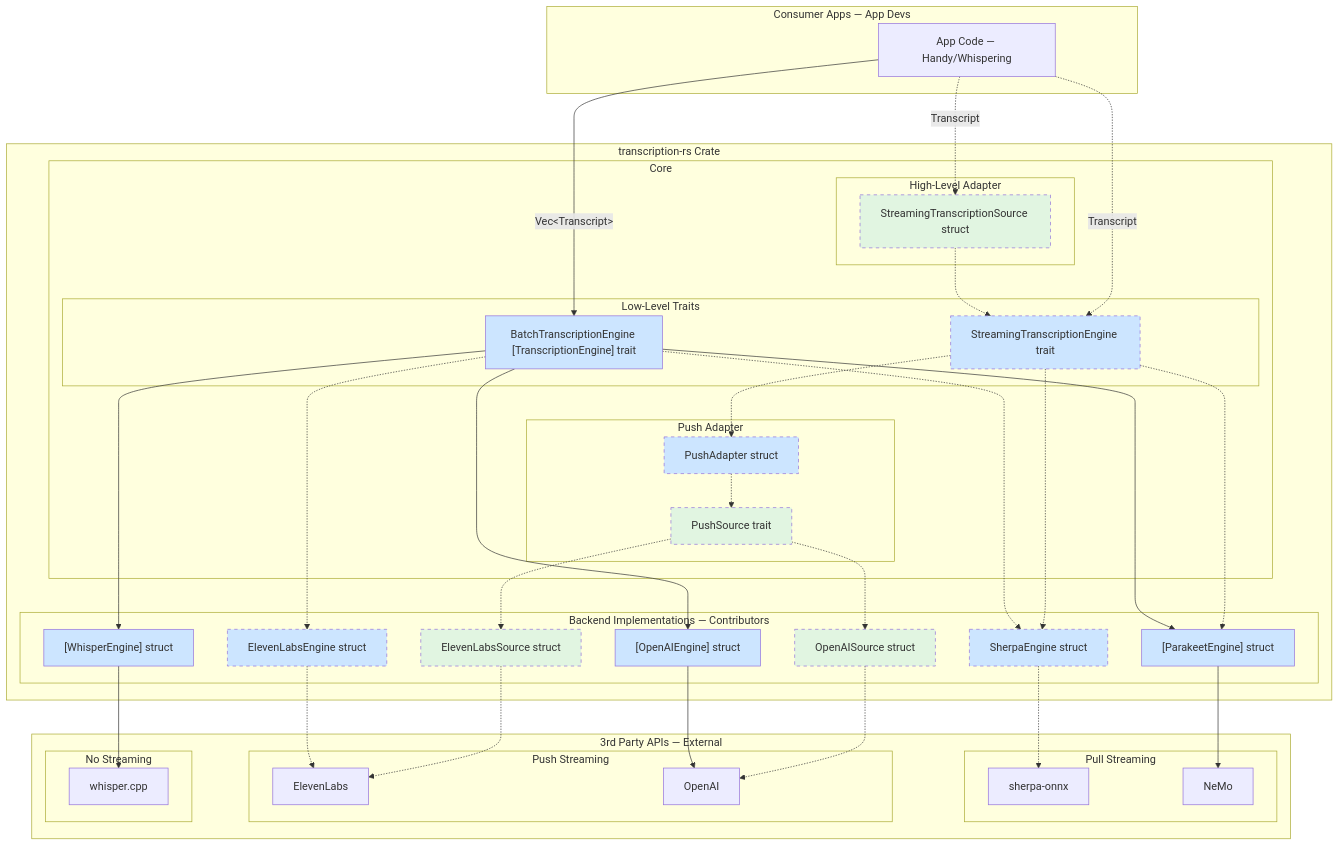
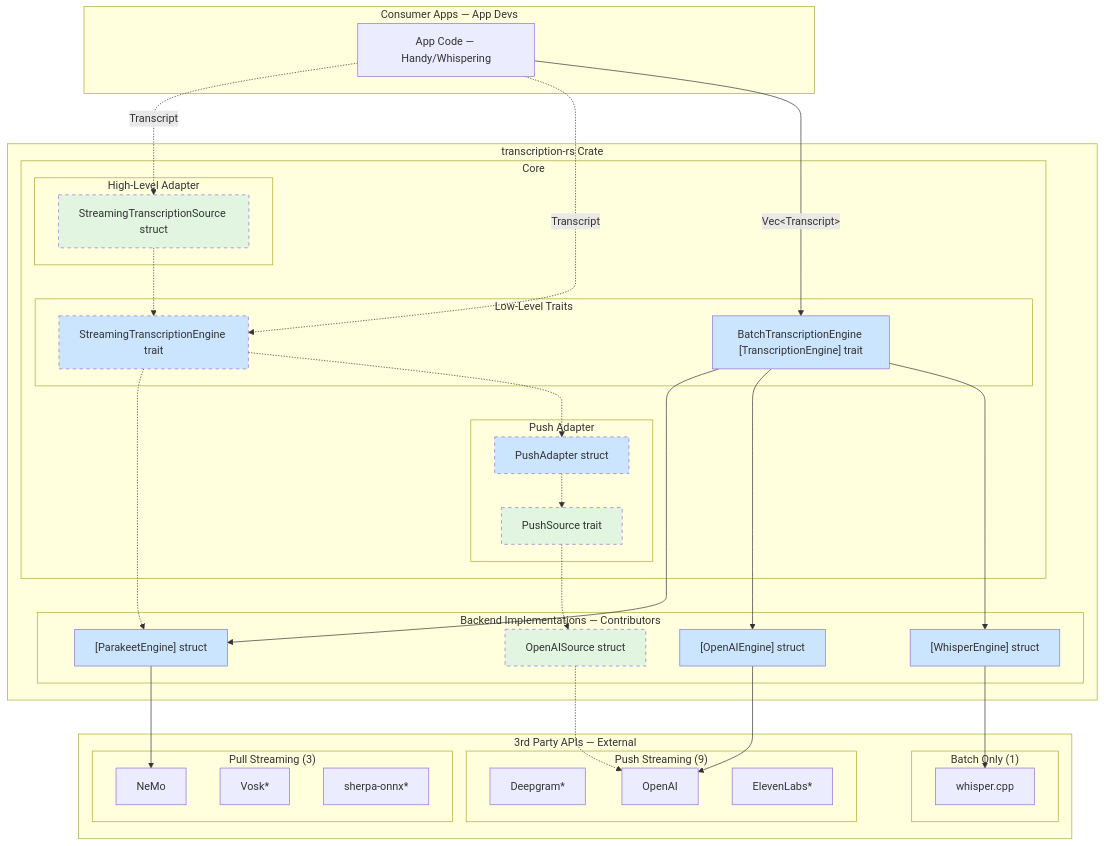
Before and after one commit to cjpais/transcribe-rs: the diagram in specs/transcription-rs.md, drawn with Mermaid. The commit also changed other lines of this file, not shown here.

Commit message:
docs: simplify streaming API spec diagram with representative backends
- Remove SherpaEngine, ElevenLabsSource, ElevenLabsEngine to reduce clutter
- Keep ParakeetEngine, OpenAISource, OpenAIEngine, WhisperEngine as representative examples
- Expand 3rd party API list: add Vosk, Deepgram, Azure, AssemblyAI, etc.
- Trim to top 3 per category (Pull: NeMo/Vosk/sherpa-onnx, Push: Deepgram/OpenAI/ElevenLabs, Batch: whisper.cpp)
- Add counts to category labels (e.g., "Push Streaming (9)")
- Add collapsible table listing all compatible APIs with streaming/transport/deployment info
- Mark unconnected APIs with * and legend entry explaining omission

````diff
--- a/specs/transcription-rs.md
+++ b/specs/transcription-rs.md
@@ -34,10 +34,7 @@
         end
 
         subgraph Backends ["Backend Implementations — Contributors"]
-            SherpaEngine["SherpaEngine struct"]
             ParakeetEngine["[ParakeetEngine] struct"]
-            ElevenLabsSource["ElevenLabsSource struct"]
-            ElevenLabsEngine["ElevenLabsEngine struct"]
             OpenAISource["OpenAISource struct"]
             OpenAIEngine["[OpenAIEngine] struct"]
             WhisperEngine["[WhisperEngine] struct"]
@@ -45,15 +42,17 @@
     end
 
     subgraph External ["3rd Party APIs — External"]
-        subgraph PullStreaming ["Pull Streaming"]
-            Sherpa[sherpa-onnx]
+        subgraph PullStreaming ["Pull Streaming (3)"]
             NeMo[NeMo]
+            Vosk[Vosk*]
+            Sherpa[sherpa-onnx*]
         end
-        subgraph PushStreaming ["Push Streaming"]
-            ElevenLabsAPI[ElevenLabs]
+        subgraph PushStreaming ["Push Streaming (9)"]
+            Deepgram[Deepgram*]
             OpenAI[OpenAI]
+            ElevenLabs[ElevenLabs*]
         end
-        subgraph NoStreaming ["No Streaming"]
+        subgraph BatchOnly ["Batch Only (1)"]
             WhisperCpp[whisper.cpp]
         end
     end
@@ -64,23 +63,16 @@
 
     StreamingSource -.-> StreamingEngine
 
-    StreamingEngine -.-> SherpaEngine
     StreamingEngine -.-> ParakeetEngine
     StreamingEngine -.-> PushAdapter
     
     PushAdapter -.-> PushSource
-    PushSource -.-> ElevenLabsSource
     PushSource -.-> OpenAISource
     
-    BatchEngine -.-> SherpaEngine
-    BatchEngine -.-> ElevenLabsEngine
     BatchEngine --> ParakeetEngine
     BatchEngine --> OpenAIEngine
     BatchEngine --> WhisperEngine
 
-    SherpaEngine -.-> Sherpa
-    ElevenLabsSource -.-> ElevenLabsAPI
-    ElevenLabsEngine -.-> ElevenLabsAPI
     ParakeetEngine --> NeMo
     OpenAISource -.-> OpenAI
     OpenAIEngine --> OpenAI
@@ -90,7 +82,7 @@
     classDef pullPlanned fill:#cce5ff,stroke-dasharray: 5 5
     classDef pushExisting fill:#e1f5e1
     classDef pullExisting fill:#cce5ff
-    class StreamingSource,PushSource,ElevenLabsSource,OpenAISource pushPlanned
-    class StreamingEngine,PushAdapter,SherpaEngine,ElevenLabsEngine pullPlanned
+    class StreamingSource,PushSource,OpenAISource pushPlanned
+    class StreamingEngine,PushAdapter pullPlanned
     class ParakeetEngine,OpenAIEngine,WhisperEngine,BatchEngine pullExisting
 ```
````
